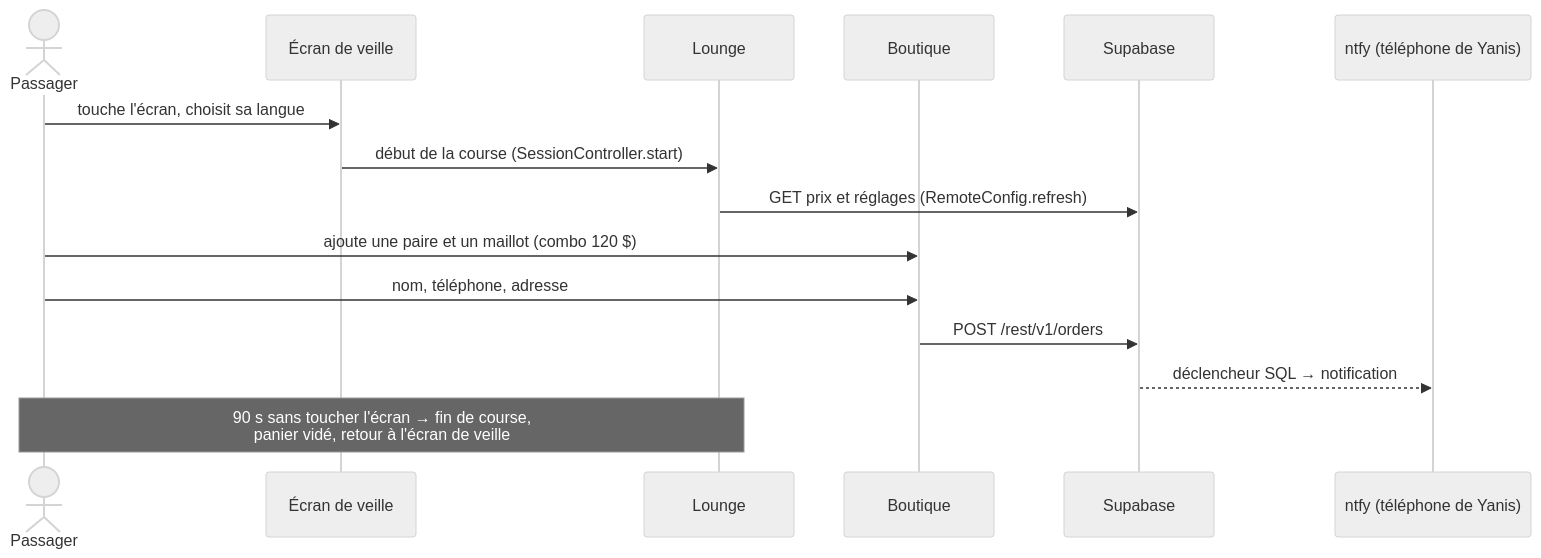
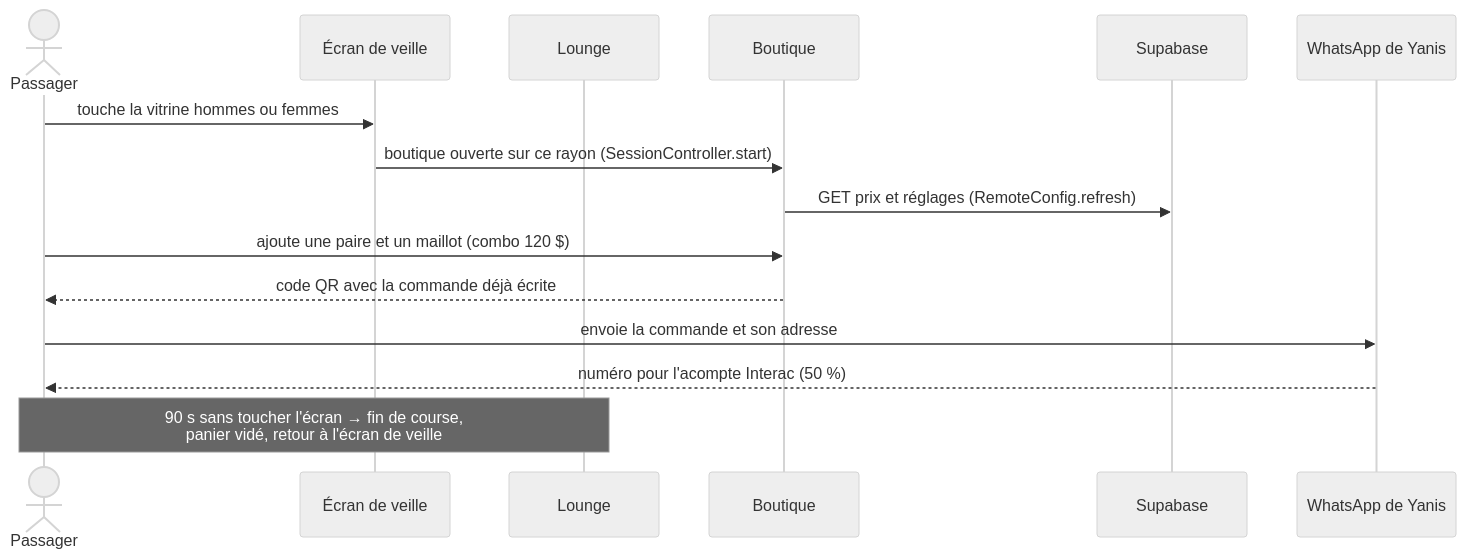
The second of 2 diagrams in docs/01-architecture.md (Yanis312/ride-with-yan), drawn with Mermaid (neutral theme) before and after one commit. The commit also changed other lines of this file and 49 other files, not shown here.

First line of the commit message:
feat(boutique): rayons hommes et femmes, doudounes, commande WhatsApp

````diff
--- a/docs/01-architecture.md
+++ b/docs/01-architecture.md
@@ -113,18 +114,18 @@
 ```mermaid
 sequenceDiagram
     actor P as Passager
     participant V as Écran de veille
     participant L as Lounge
     participant B as Boutique
     participant DB as Supabase
-    participant N as ntfy (téléphone de Yanis)
+    participant W as WhatsApp de Yanis
 
-    P->>V: touche l'écran, choisit sa langue
-    V->>L: début de la course (SessionController.start)
-    L->>DB: GET prix et réglages (RemoteConfig.refresh)
+    P->>V: touche la vitrine hommes ou femmes
+    V->>B: boutique ouverte sur ce rayon (SessionController.start)
+    B->>DB: GET prix et réglages (RemoteConfig.refresh)
     P->>B: ajoute une paire et un maillot (combo 120 $)
-    P->>B: nom, téléphone, adresse
-    B->>DB: POST /rest/v1/orders
-    DB-->>N: déclencheur SQL → notification
+    B-->>P: code QR avec la commande déjà écrite
+    P->>W: envoie la commande et son adresse
+    W-->>P: numéro pour l'acompte Interac (50 %)
     Note over P,L: 90 s sans toucher l'écran → fin de course,<br/>panier vidé, retour à l'écran de veille
 ```
````
